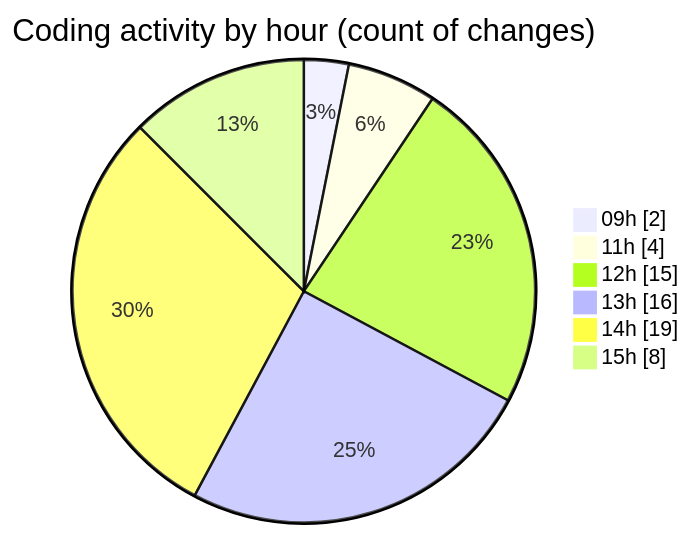
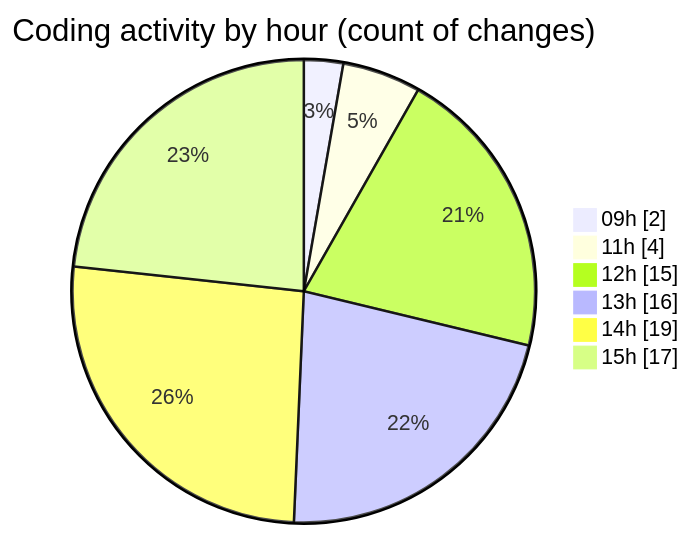
The second of 2 diagrams in 2025-04-30/niten/README.md (Elitesun/code-tracking), drawn with Mermaid before and after one commit. The commit also changed other lines of this file and 1 other file, not shown here.

````diff
--- a/2025-04-30/niten/README.md
+++ b/2025-04-30/niten/README.md
@@ -51,10 +53,10 @@
 ```mermaid
 pie showData
 title Coding activity by hour (count of changes)
 "09h" : 2
 "11h" : 4
 "12h" : 15
 "13h" : 16
 "14h" : 19
-"15h" : 8
+"15h" : 17
 ```
````
